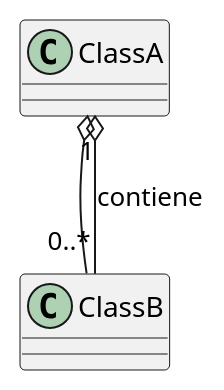
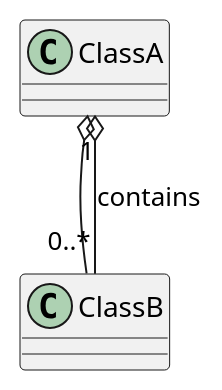
Before and after one commit to Seniorsimo/sas-template: the fifth of 30 diagrams in 04-structural-diagrams/class-diagrams/README.md, drawn with PlantUML. The commit also changed other lines of this file and 49 other files, not shown here.

````diff
--- a/04-structural-diagrams/class-diagrams/README.md
+++ b/04-structural-diagrams/class-diagrams/README.md
@@ -66,4 +66,4 @@
 ```plantuml
 ClassA o-- ClassB
-ClassA "1" o-- "0..*" ClassB : "contiene"
+ClassA "1" o-- "0..*" ClassB : "contains"
 ```
````
